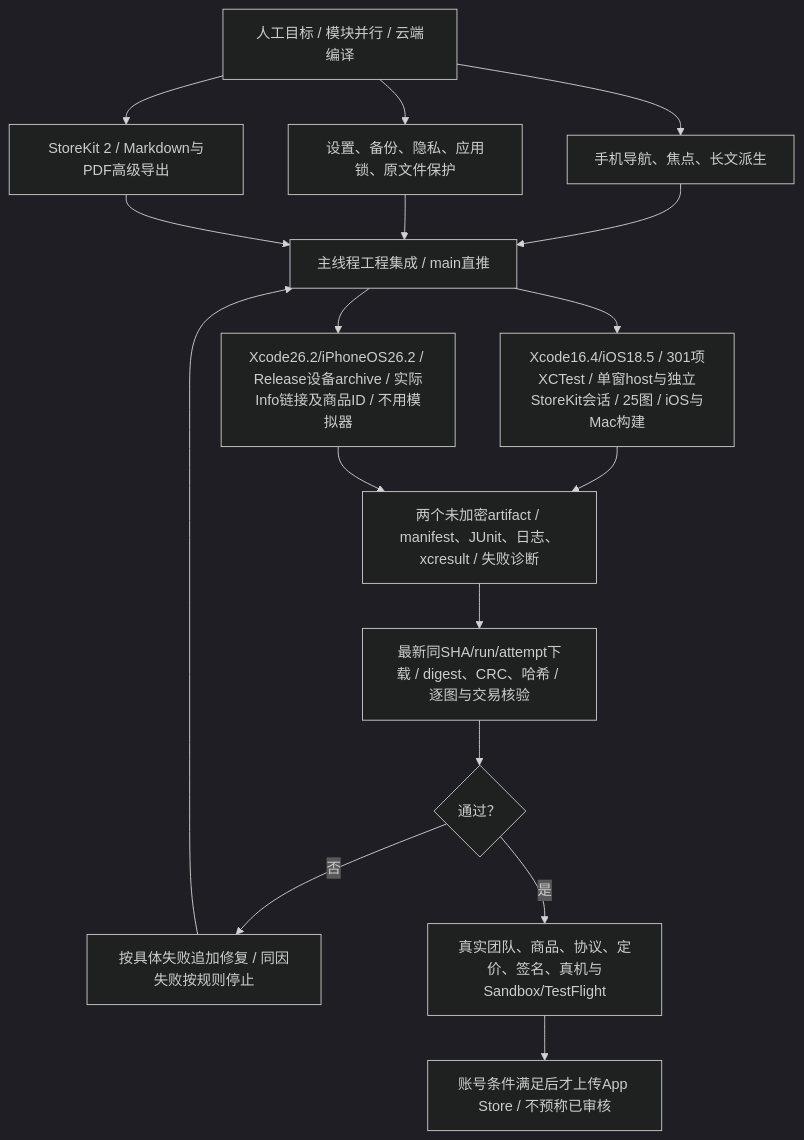
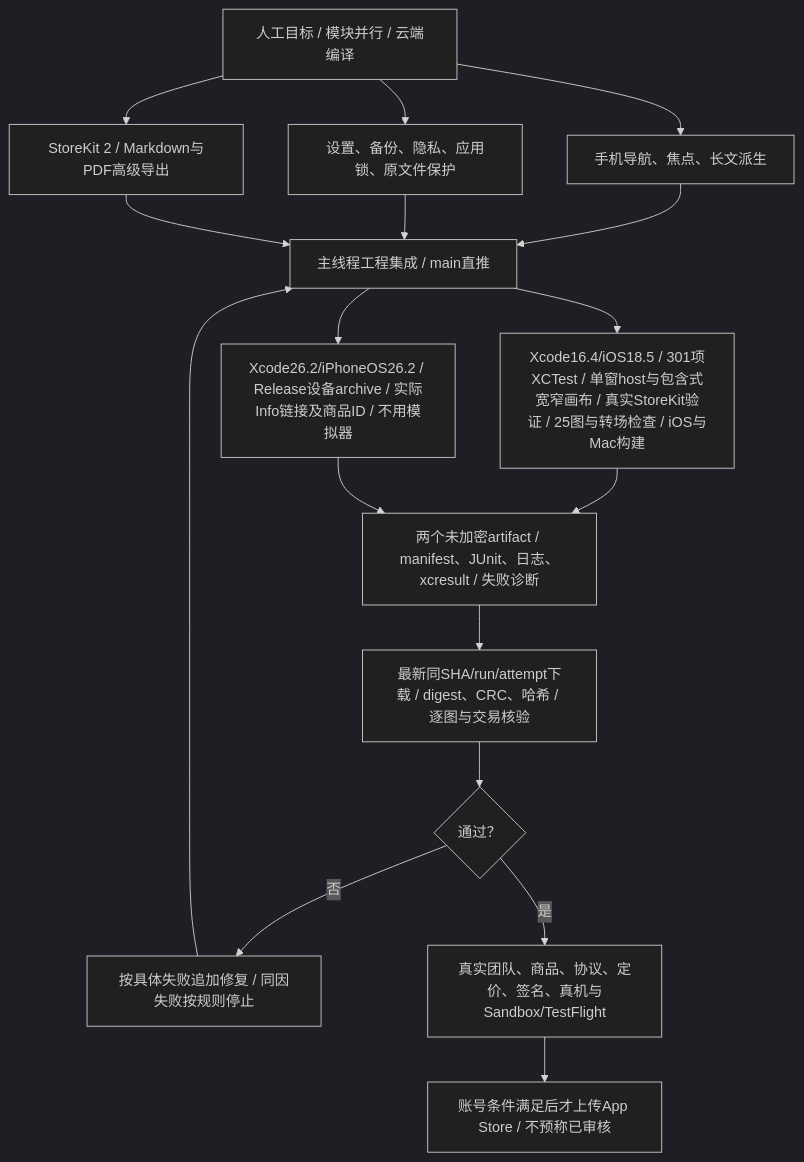
Before and after one commit to Altman-sam114/117: the fourth of 4 diagrams in md/flow/flowchart.md, drawn with Mermaid (dark theme). The commit also changed 6 other files, not shown here.

````diff
--- a/md/flow/flowchart.md
+++ b/md/flow/flowchart.md
@@ -65,19 +65,19 @@
 ```mermaid
 flowchart TD
   User["人工目标 / 模块并行 / 云端编译"] --> Mobile["手机导航、焦点、长文派生"]
   User --> Safety["设置、备份、隐私、应用锁、原文件保护"]
   User --> Pro["StoreKit 2 / Markdown与PDF高级导出"]
   Mobile --> Integrate["主线程工程集成 / main直推"]
   Safety --> Integrate
   Pro --> Integrate
-  Integrate --> Regression["Xcode16.4/iOS18.5 / 301项XCTest / 单窗host与独立StoreKit会话 / 25图 / iOS与Mac构建"]
+  Integrate --> Regression["Xcode16.4/iOS18.5 / 301项XCTest / 单窗host与包含式宽窄画布 / 真实StoreKit验证 / 25图与转场检查 / iOS与Mac构建"]
   Integrate --> Archive["Xcode26.2/iPhoneOS26.2 / Release设备archive / 实际Info链接及商品ID / 不用模拟器"]
   Regression --> Results["两个未加密artifact / manifest、JUnit、日志、xcresult / 失败诊断"]
   Archive --> Results
   Results --> Review["最新同SHA/run/attempt下载 / digest、CRC、哈希 / 逐图与交易核验"]
   Review --> Gate{"通过？"}
   Gate -- "否" --> Fix["按具体失败追加修复 / 同因失败按规则停止"]
   Fix --> Integrate
   Gate -- "是" --> Account["真实团队、商品、协议、定价、签名、真机与Sandbox/TestFlight"]
   Account --> Upload["账号条件满足后才上传App Store / 不预称已审核"]
 ```
````
